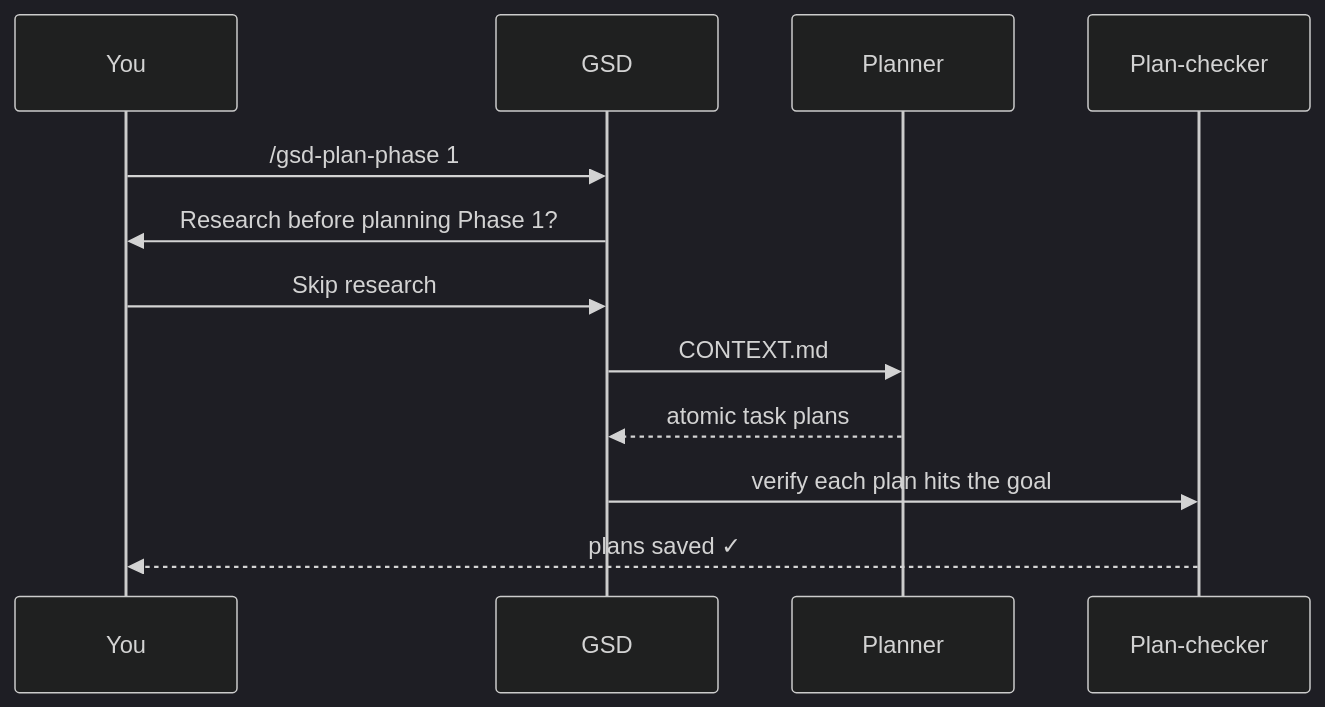
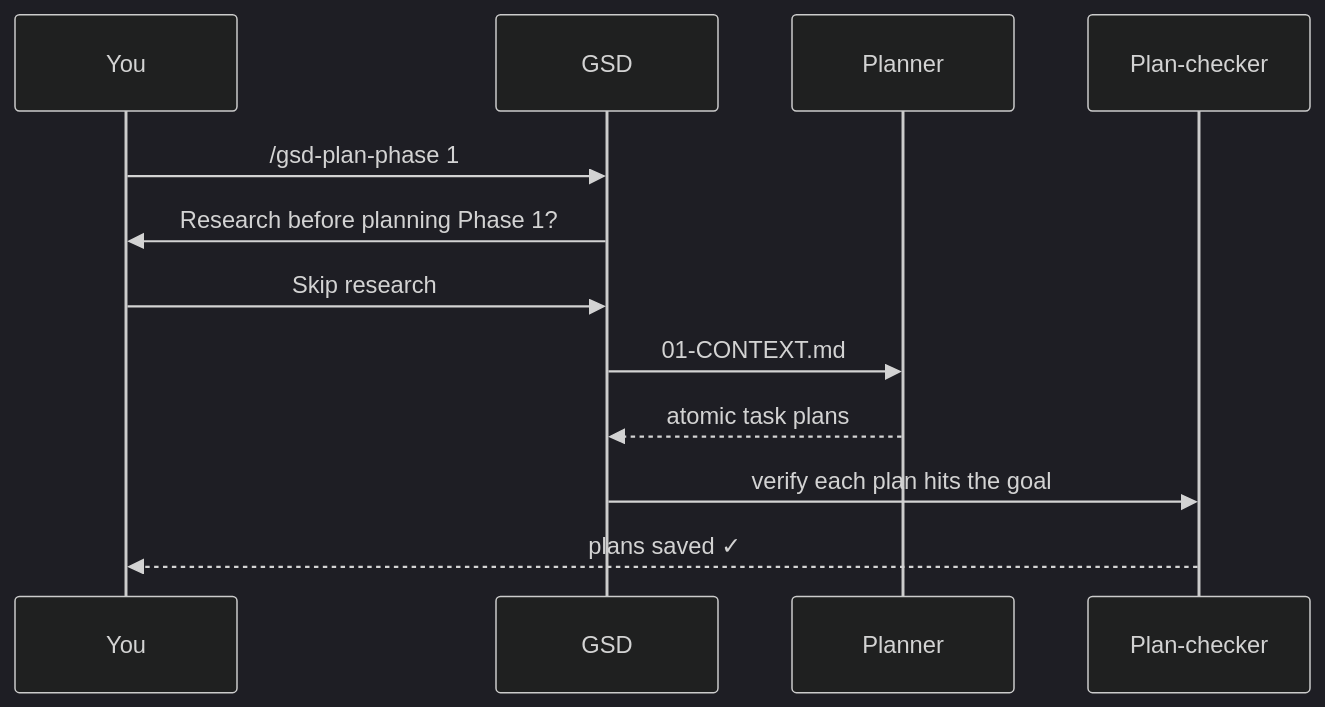
One commit to GSD-redux/get-shit-done-redux changed the fifth of 6 diagrams in docs/tutorials/your-first-project.md. Above: the diagram before and after it, drawn with Mermaid (dark theme). The commit also changed other lines of this file, not shown here.

````diff
--- a/docs/tutorials/your-first-project.md
+++ b/docs/tutorials/your-first-project.md
@@ -302,14 +318,14 @@
 ```mermaid
 sequenceDiagram
     participant You
     participant GSD
     participant PL as Planner
     participant PC as Plan-checker
     You->>GSD: /gsd-plan-phase 1
     GSD->>You: Research before planning Phase 1?
     You->>GSD: Skip research
-    GSD->>PL: CONTEXT.md
+    GSD->>PL: 01-CONTEXT.md
     PL-->>GSD: atomic task plans
     GSD->>PC: verify each plan hits the goal
     PC-->>You: plans saved ✓
 ```
````
